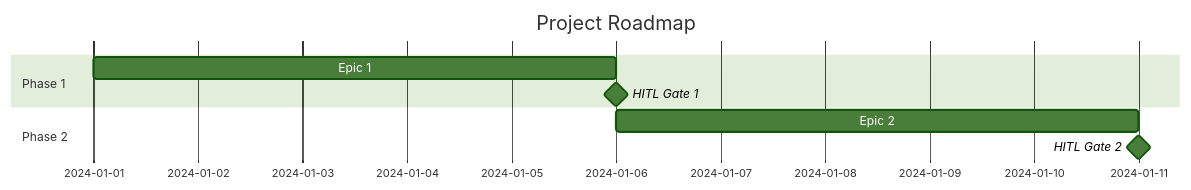
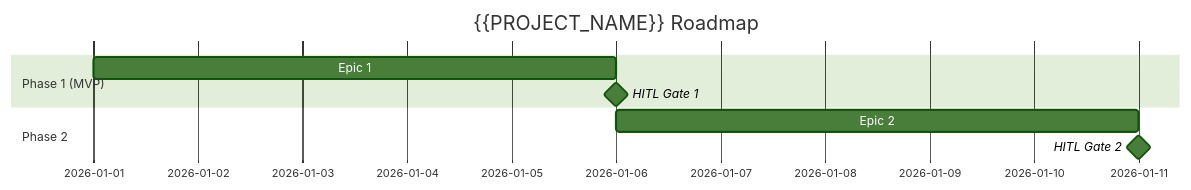
One commit to gazzwi86/weave changed the diagram in .claude/spec-templates/roadmap.md. Above: the diagram before and after it, drawn with Mermaid (forest theme). The commit also changed other lines of this file and 18 other files, not shown here.

````diff
--- a/.claude/spec-templates/roadmap.md
+++ b/.claude/spec-templates/roadmap.md
@@ -11,11 +33,11 @@
 ```mermaid
 gantt
-    title Project Roadmap
+    title {{PROJECT_NAME}} Roadmap
     dateFormat YYYY-MM-DD
-    section Phase 1
-        Epic 1           :a1, 2024-01-01, 5d
-        HITL Gate 1      :milestone, m1, after a1, 0d
+    section Phase 1 (MVP)
+        Epic 1            :a1, 2026-01-01, 5d
+        HITL Gate 1       :milestone, m1, after a1, 0d
     section Phase 2
-        Epic 2           :a2, after m1, 5d
-        HITL Gate 2      :milestone, m2, after a2, 0d
+        Epic 2            :a2, after m1, 5d
+        HITL Gate 2       :milestone, m2, after a2, 0d
 ```
````
